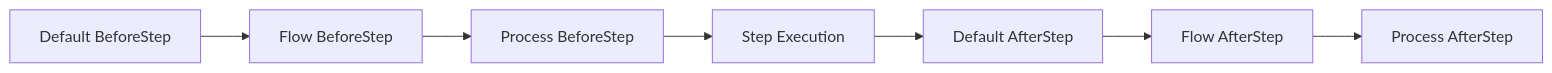
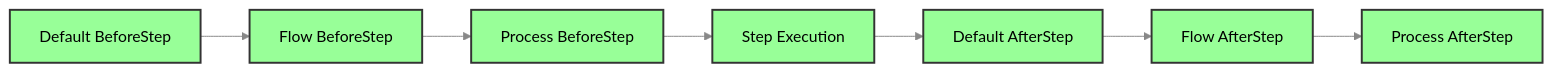
Before and after one commit to Bilibotter/light-flow: the first of 3 diagrams in docs/Callback.en.md, drawn with Mermaid. The commit also changed other lines of this file and 11 other files, not shown here.

````diff
--- a/docs/Callback.en.md
+++ b/docs/Callback.en.md
@@ -20,9 +20,12 @@
 ```mermaid
+%%{init: {'theme': 'neutral', 'themeVariables': { 'primaryColor': '#333', 'lineColor': '#333', 'textColor': 'black' } } }%%
 graph LR
     A[Default BeforeStep] --> B[Flow BeforeStep]
     B --> C[Process BeforeStep]
     C --> D[Step Execution]
     D --> E[Default AfterStep]
     E --> F[Flow AfterStep]
     F --> G[Process AfterStep]
+linkStyle default stroke:#888888
+classDef default fill:#98FF98,stroke:#333,stroke-width:2px;
 ```
````
